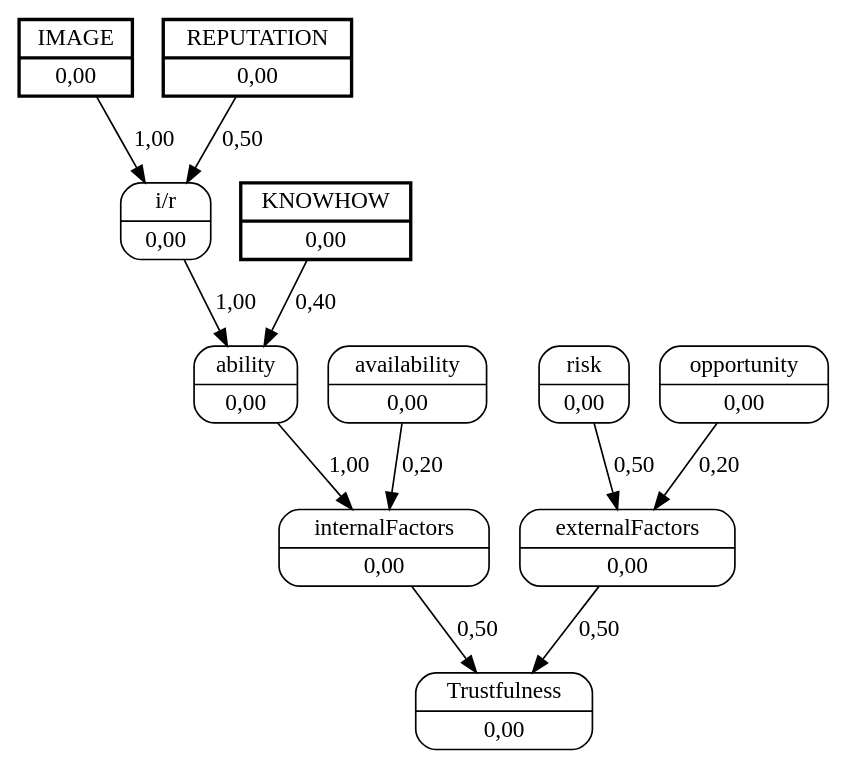
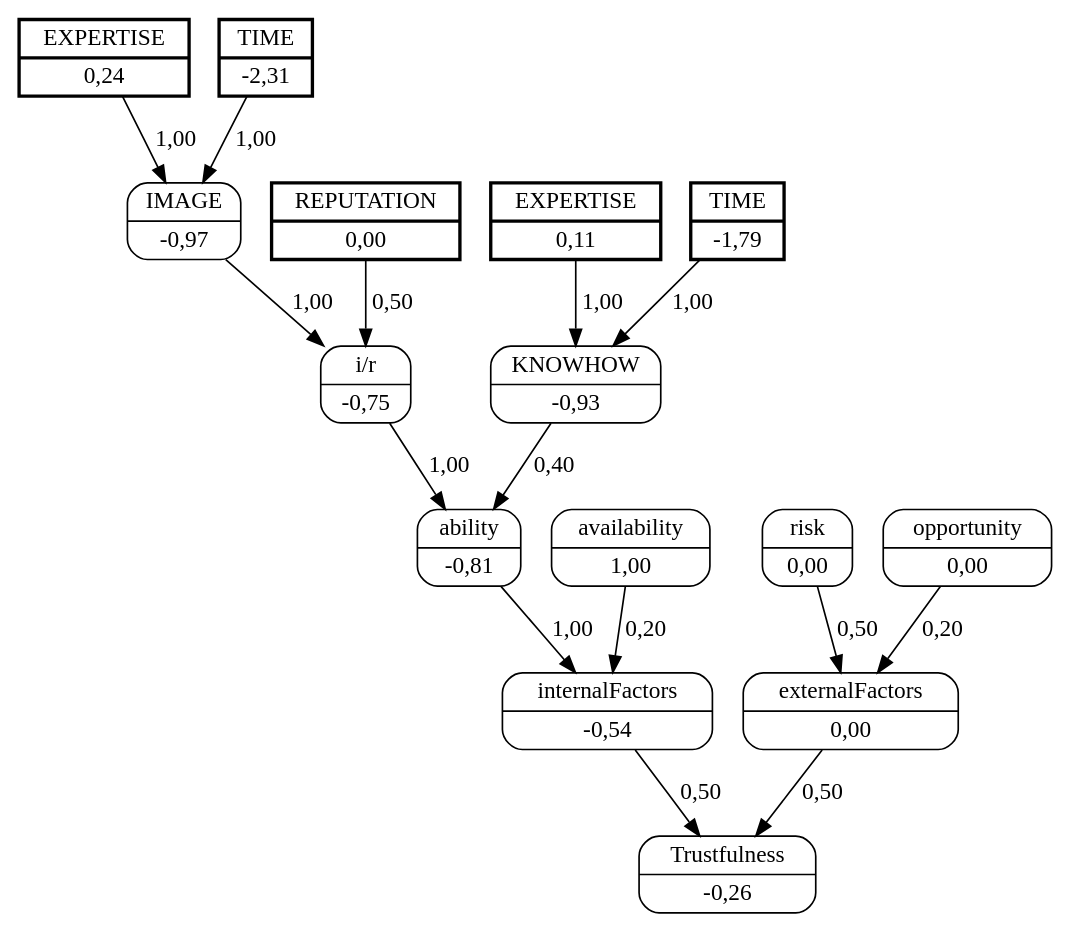
Before and after one commit to jjbaqueta/unload_experiment: the diagram in unload_boxes/dots/worker_1helper_3.dot, drawn with Graphviz. The commit also changed 50 other files, not shown here.

```diff
--- a/unload_boxes/dots/worker_1helper_3.dot
+++ b/unload_boxes/dots/worker_1helper_3.dot
@@ -1,25 +1,34 @@
 digraph FCM_net{
 	node [shape=record, style=rounded]
-	0 [label="{IMAGE | 0,00}", style=bold, penwidth=2, peripheries=2];
+	11 [label="{EXPERTISE | 0,24}", style=bold, penwidth=2, peripheries=2];
+	12 [label="{TIME | -2,31}", style=bold, penwidth=2, peripheries=2];
 	1 [label="{REPUTATION | 0,00}", style=bold, penwidth=2, peripheries=2];
-	2 [label="{KNOWHOW | 0,00}", style=bold, penwidth=2, peripheries=2];
-	0 [label="{IMAGE | 0,00}"];
-	3 [label="{i/r | 0,00}"];
-	4 [label="{ability | 0,00}"];
-	5 [label="{availability | 0,00}"];
-	6 [label="{internalFactors | 0,00}"];
+	13 [label="{EXPERTISE | 0,11}", style=bold, penwidth=2, peripheries=2];
+	14 [label="{TIME | -1,79}", style=bold, penwidth=2, peripheries=2];
+	0 [label="{IMAGE | -0,97}"];
+	1 [label="{REPUTATION | 0,00}"];
+	2 [label="{KNOWHOW | -0,93}"];
+	3 [label="{i/r | -0,75}"];
+	4 [label="{ability | -0,81}"];
+	5 [label="{availability | 1,00}"];
+	6 [label="{internalFactors | -0,54}"];
 	7 [label="{risk | 0,00}"];
 	8 [label="{opportunity | 0,00}"];
 	9 [label="{externalFactors | 0,00}"];
-	10 [label="{Trustfulness | 0,00}"];
+	10 [label="{Trustfulness | -0,26}"];
+	11 [label="{EXPERTISE | 0,24}"];
 	0 -> 3 [label = "1,00"];
 	1 -> 3 [label = "0,50"];
 	3 -> 4 [label = "1,00"];
 	2 -> 4 [label = "0,40"];
 	4 -> 6 [label = "1,00"];
 	5 -> 6 [label = "0,20"];
 	6 -> 10 [label = "0,50"];
 	7 -> 9 [label = "0,50"];
 	8 -> 9 [label = "0,20"];
 	9 -> 10 [label = "0,50"];
+	11 -> 0 [label = "1,00"];
+	12 -> 0 [label = "1,00"];
+	13 -> 2 [label = "1,00"];
+	14 -> 2 [label = "1,00"];
 }
```
